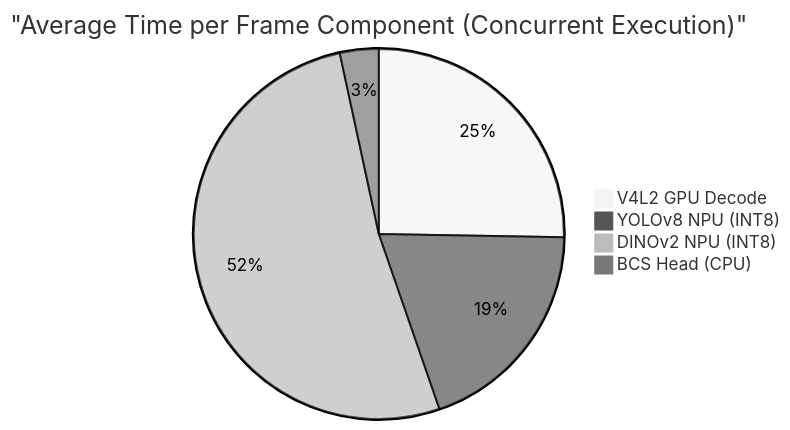
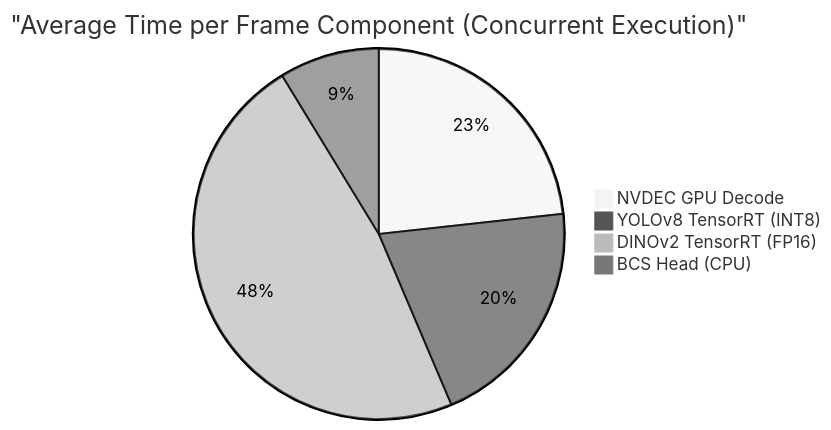
Before and after one commit to zok213/DAT1: the fourth of 5 diagrams in README.md, drawn with Mermaid (neutral theme). The commit also changed other lines of this file and 3 other files, not shown here.

````diff
--- a/README.md
+++ b/README.md
@@ -63,7 +52,7 @@
 ```mermaid
 pie title "Average Time per Frame Component (Concurrent Execution)"
-    "V4L2 GPU Decode" : 11.2
-    "YOLOv8 NPU (INT8)" : 8.6
-    "DINOv2 NPU (INT8)" : 23.0
+    "NVDEC GPU Decode" : 4.0
+    "YOLOv8 TensorRT (INT8)" : 3.5
+    "DINOv2 TensorRT (FP16)" : 8.2
     "BCS Head (CPU)" : 1.5
 ```
````
